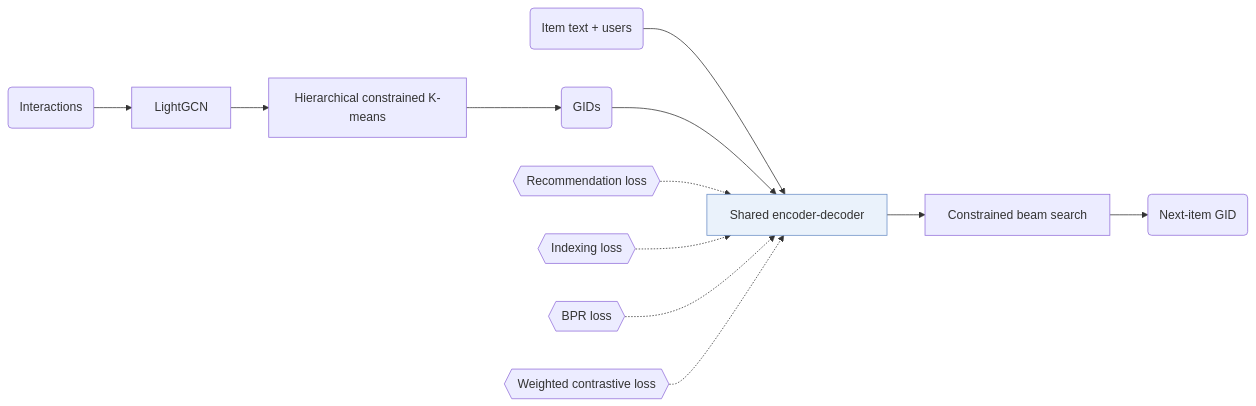
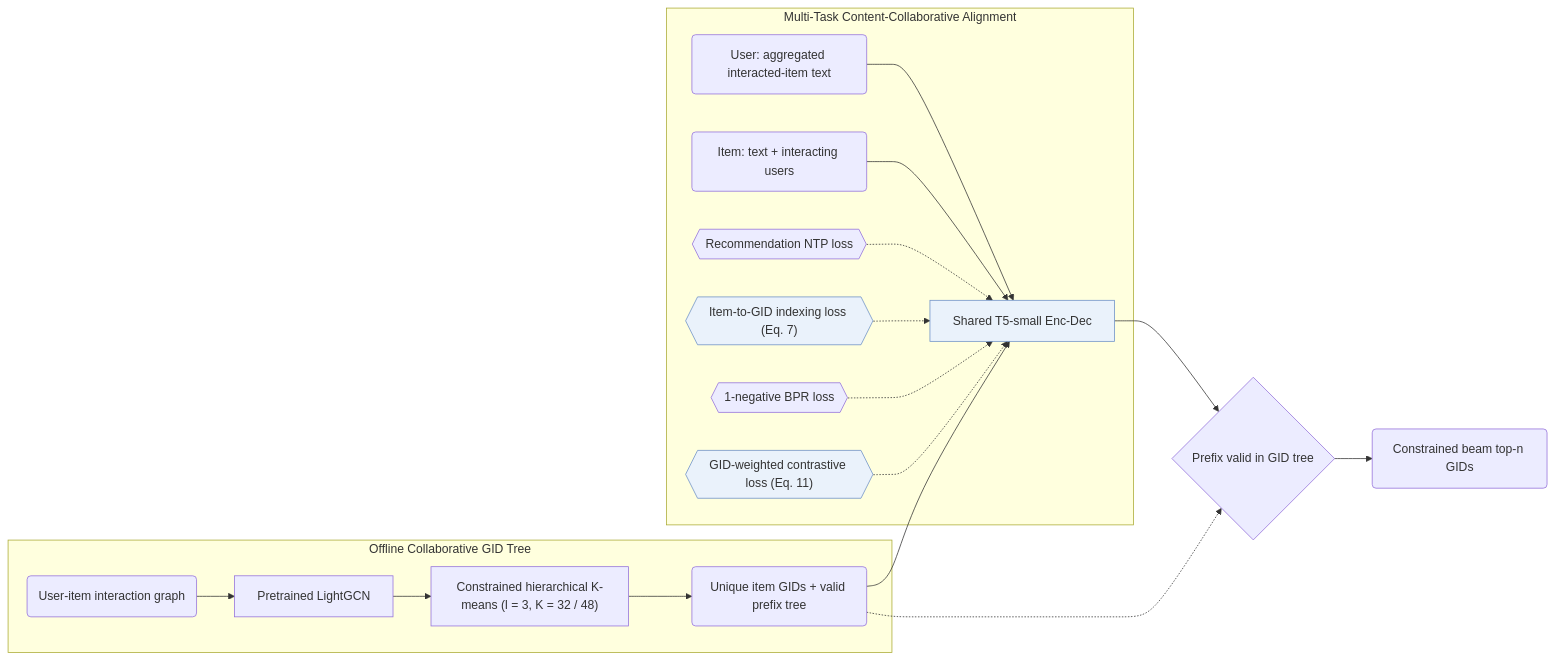
The diagram in notes/colarec.md (Galaxy-ghost/Awesome-SID-Generative-Rec), drawn with Mermaid before and after one commit. The commit also changed other lines of this file and 649 other files, not shown here.

Commit message:
writer-05: also tags and modality index (schema, check, build, visuals); summary field removed; calibration data for 12 papers

````diff
--- a/notes/colarec.md
+++ b/notes/colarec.md
@@ -13,15 +14,21 @@
 ```mermaid
 flowchart LR
-    A("Interactions") --> B["LightGCN"]
-    B --> C["Hierarchical constrained K-means"]
-    C --> D("GIDs")
-    E("Item text + users") --> F["Shared encoder-decoder"]:::key
-    D --> F
-    F --> G["Constrained beam search"]
-    G --> H("Next-item GID")
-    L1{{"Recommendation loss"}} -.-> F
-    L2{{"Indexing loss"}} -.-> F
-    L3{{"BPR loss"}} -.-> F
-    L4{{"Weighted contrastive loss"}} -.-> F
+    subgraph GIDTree["Offline Collaborative GID Tree"]
+        A("User-item interaction graph") --> B["Pretrained LightGCN"]
+        B --> C["Constrained hierarchical K-means (l = 3, K = 32 / 48)"]
+        C --> D("Unique item GIDs + valid prefix tree")
+    end
+    subgraph DualTask["Multi-Task Content-Collaborative Alignment"]
+        U("User: aggregated interacted-item text") --> F["Shared T5-small Enc-Dec"]:::key
+        E("Item: text + interacting users") --> F
+        D --> F
+        L1{{"Recommendation NTP loss"}} -.-> F
+        L2{{"Item-to-GID indexing loss (Eq. 7)"}}:::key -.-> F
+        L3{{"1-negative BPR loss"}} -.-> F
+        L4{{"GID-weighted contrastive loss (Eq. 11)"}}:::key -.-> F
+    end
+    F --> G{"Prefix valid in GID tree"}
+    D -.-> G
+    G --> H("Constrained beam top-n GIDs")
     classDef key fill:#eaf2fb,stroke:#6b8fc7
 ```
````
